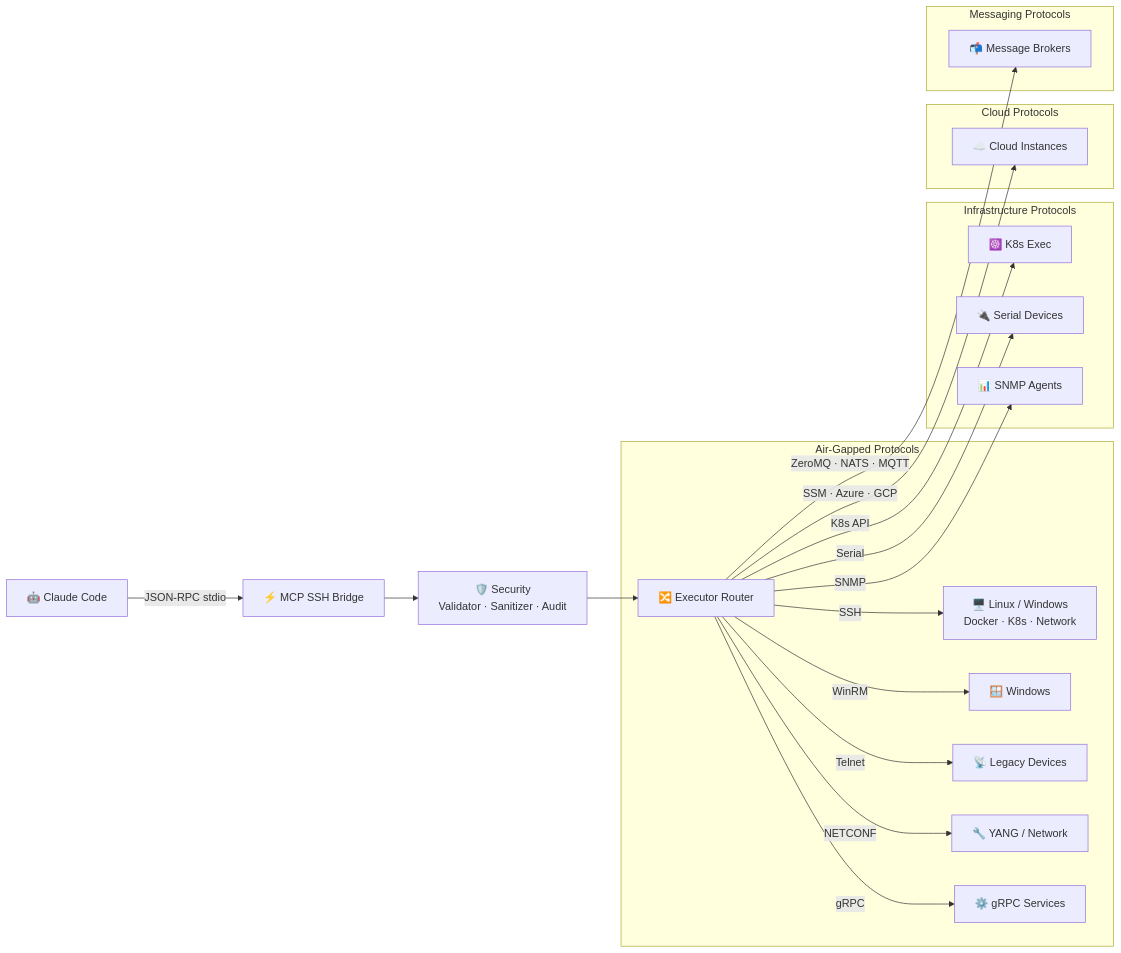
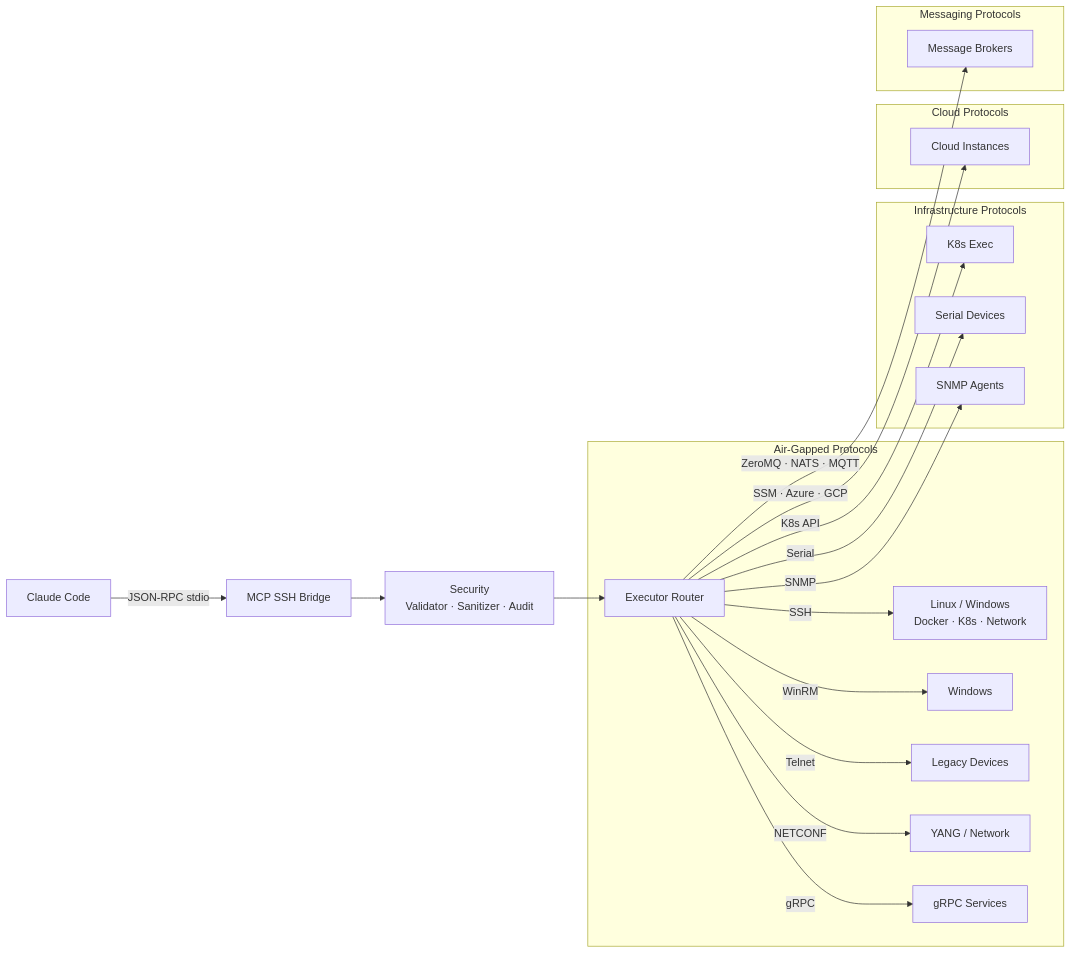
One commit to muchiny/mcp-ssh-bridge changed the diagram in README.md. Above: the diagram before and after it, drawn with Mermaid. The commit also changed other lines of this file and 19 other files, not shown here.

````diff
--- a/README.md
+++ b/README.md
@@ -27,29 +134,29 @@
 ```mermaid
 graph LR
-    CC[🤖 Claude Code] -->|JSON-RPC stdio| BR[⚡ MCP SSH Bridge]
+    CC[Claude Code] -->|JSON-RPC stdio| BR[MCP SSH Bridge]
 
-    BR --> SEC[🛡️ Security<br/>Validator · Sanitizer · Audit]
-    SEC --> ER[🔀 Executor Router]
+    BR --> SEC[Security<br/>Validator · Sanitizer · Audit]
+    SEC --> ER[Executor Router]
 
     subgraph "Air-Gapped Protocols"
-        ER -->|SSH| P1[🖥️ Linux / Windows<br/>Docker · K8s · Network]
-        ER -->|WinRM| P2[🪟 Windows]
-        ER -->|Telnet| P3[📡 Legacy Devices]
-        ER -->|NETCONF| P4[🔧 YANG / Network]
-        ER -->|gRPC| P5[⚙️ gRPC Services]
+        ER -->|SSH| P1[Linux / Windows<br/>Docker · K8s · Network]
+        ER -->|WinRM| P2[Windows]
+        ER -->|Telnet| P3[Legacy Devices]
+        ER -->|NETCONF| P4[YANG / Network]
+        ER -->|gRPC| P5[gRPC Services]
     end
 
     subgraph "Infrastructure Protocols"
-        ER -->|K8s API| P6[☸️ K8s Exec]
-        ER -->|Serial| P7[🔌 Serial Devices]
-        ER -->|SNMP| P8[📊 SNMP Agents]
+        ER -->|K8s API| P6[K8s Exec]
+        ER -->|Serial| P7[Serial Devices]
+        ER -->|SNMP| P8[SNMP Agents]
     end
 
     subgraph "Cloud Protocols"
-        ER -->|SSM · Azure · GCP| P9[☁️ Cloud Instances]
+        ER -->|SSM · Azure · GCP| P9[Cloud Instances]
     end
 
     subgraph "Messaging Protocols"
-        ER -->|ZeroMQ · NATS · MQTT| P10[📬 Message Brokers]
+        ER -->|ZeroMQ · NATS · MQTT| P10[Message Brokers]
     end
 ```
````
